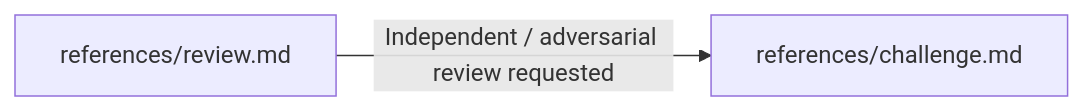
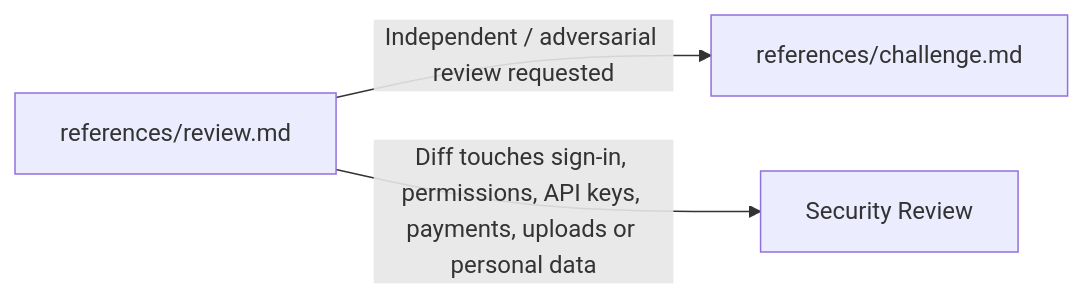
The diagram in .agents/skills/code-review/SKILL.md (sgaabdu4/hard-eng), drawn with Mermaid before and after one commit. The commit also changed 1 other file, not shown here.

Commit message:
Route a Code Review of a trust-boundary diff to Security Review
A commit review that stored API keys loaded only Code Review. The
research eval now asks for a vendor choice, which needs current facts,
in place of a question a model answers from memory.

````diff
--- a/.agents/skills/code-review/SKILL.md
+++ b/.agents/skills/code-review/SKILL.md
@@ -10,6 +10,8 @@
 ```mermaid
 flowchart LR
   R[references/review.md] -->|Independent / adversarial review requested| C[references/challenge.md]
+  R -->|Diff touches sign-in, permissions, API keys, payments, uploads or personal data| S[Security Review]
   click R "references/review.md"
   click C "references/challenge.md"
+  click S "../security-review/SKILL.md"
 ```
````
